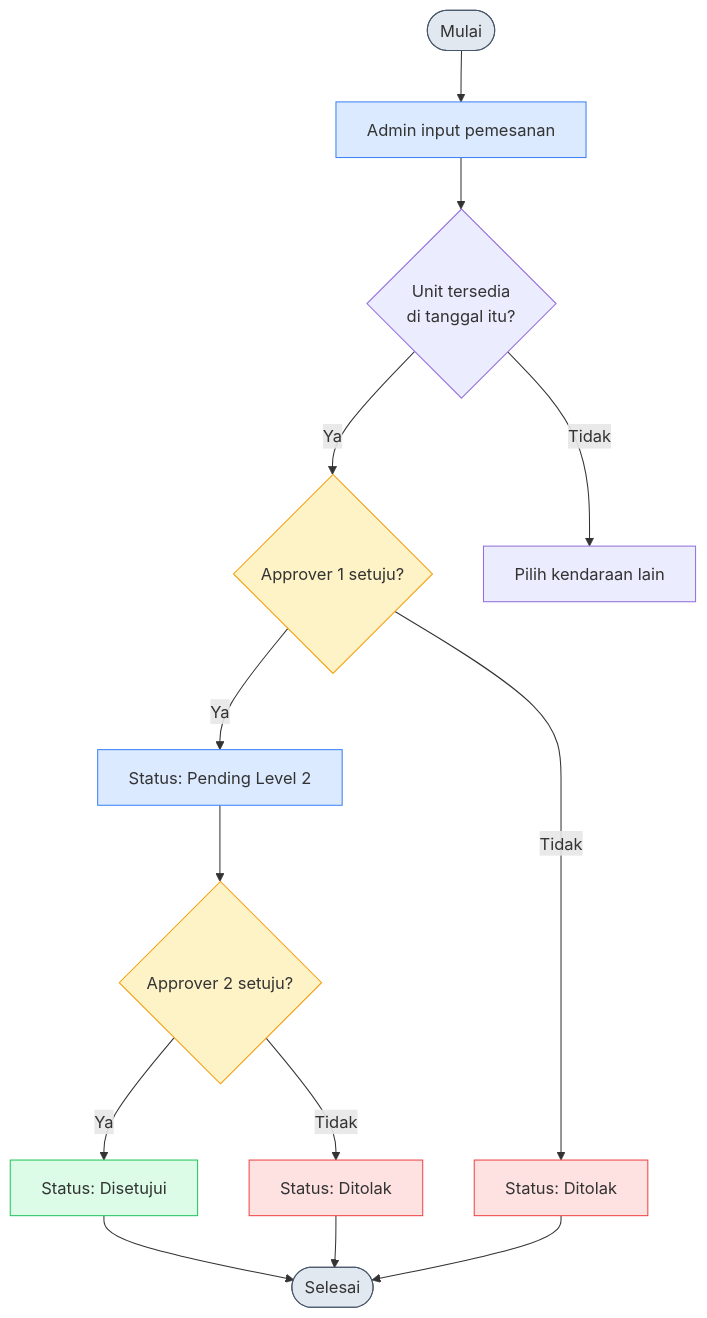
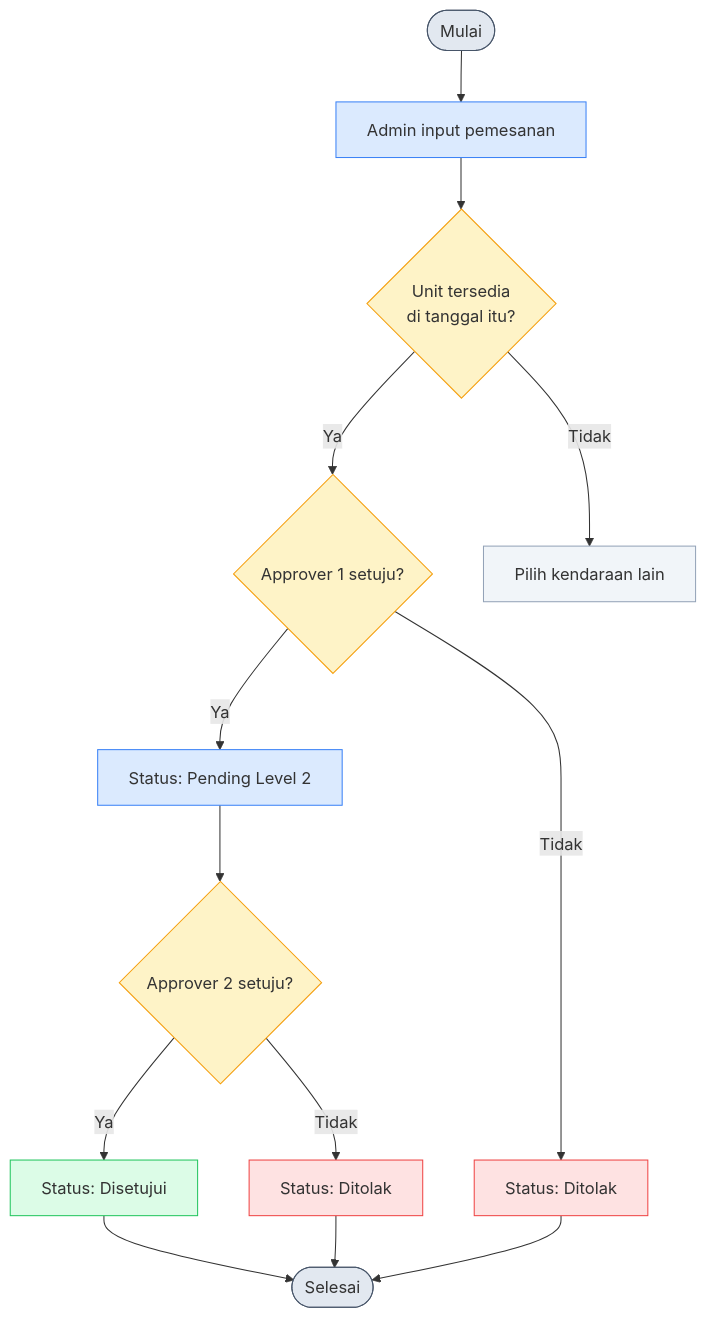
One commit to RayhanDitaAdam/teknikal-test changed the first of 2 diagrams in docs/README.md. Above: the diagram before and after it, drawn with Mermaid. The commit also changed other lines of this file, not shown here.

Commit message:
fix erd: perbaiki cardinality nullable fields, tambah style activity diagram

````diff
--- a/docs/README.md
+++ b/docs/README.md
@@ -38,25 +38,27 @@
 ```mermaid
 flowchart TD
     A([Mulai]) --> B[Admin input pemesanan]
     B --> V{Unit tersedia\ndi tanggal itu?}
     V -->|Ya| C{Approver 1 setuju?}
     V -->|Tidak| X[Pilih kendaraan lain]
     C -->|Ya| D[Status: Pending Level 2]
     C -->|Tidak| E[Status: Ditolak]
     D --> F{Approver 2 setuju?}
     F -->|Ya| G[Status: Disetujui]
     F -->|Tidak| H[Status: Ditolak]
     G --> I([Selesai])
     E --> I
     H --> I
 
     style A fill:#e2e8f0,stroke:#475569
     style B fill:#dbeafe,stroke:#3b82f6
+    style V fill:#fef3c7,stroke:#f59e0b
+    style X fill:#f1f5f9,stroke:#94a3b8
     style C fill:#fef3c7,stroke:#f59e0b
     style D fill:#dbeafe,stroke:#3b82f6
     style E fill:#fee2e2,stroke:#ef4444
     style F fill:#fef3c7,stroke:#f59e0b
     style G fill:#dcfce7,stroke:#22c55e
     style H fill:#fee2e2,stroke:#ef4444
     style I fill:#e2e8f0,stroke:#475569
 ```
````
